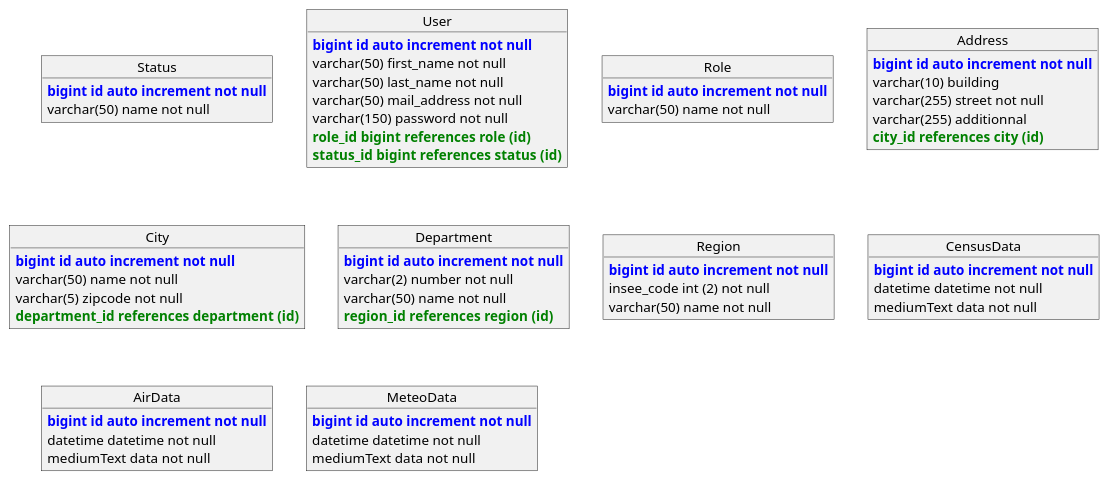
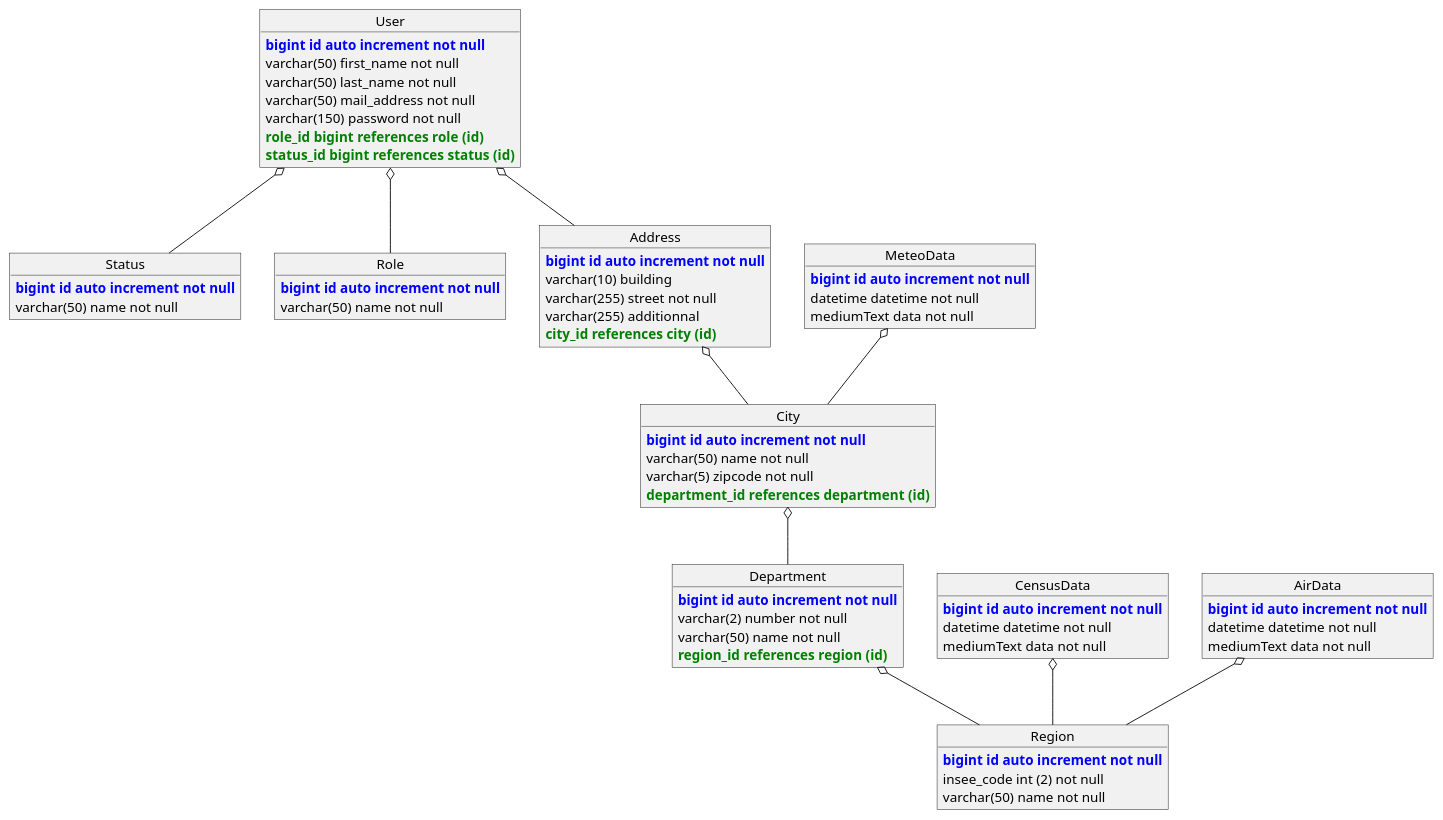
The diagram in mpd.puml (AirShareCorporation/TPMeteo), drawn with PlantUML before and after one commit.

```diff
--- a/mpd.puml
+++ b/mpd.puml
@@ -1,66 +1,76 @@
 @startuml
 
 object Status {
     <font color=blue><b>bigint id auto increment not null
     varchar(50) name not null
 }
 
 object User{
     <font color=blue><b>bigint id auto increment not null
     varchar(50) first_name not null
     varchar(50) last_name not null
     varchar(50) mail_address not null
     varchar(150) password not null
     <font color=green><b>role_id bigint references role (id)
     <font color=green><b>status_id bigint references status (id)
 }
 
 object Role {
     <font color=blue><b>bigint id auto increment not null
     varchar(50) name not null
 }
 
 object Address{
     <font color=blue><b>bigint id auto increment not null
     varchar(10) building
     varchar(255) street not null
     varchar(255) additionnal
     <font color=green><b>city_id references city (id)
 }
 
 object City{
     <font color=blue><b>bigint id auto increment not null
     varchar(50) name not null
     varchar(5) zipcode not null
     <font color=green><b>department_id references department (id)
 }
 
 object Department{
     <font color=blue><b>bigint id auto increment not null
     varchar(2) number not null
     varchar(50) name not null
     <font color=green><b>region_id references region (id)
 }
 
 object Region{
     <font color=blue><b>bigint id auto increment not null
     insee_code int (2) not null
     varchar(50) name not null
 }
 
 object CensusData{
     <font color=blue><b>bigint id auto increment not null
     datetime datetime not null
     mediumText data not null
 }
 object AirData{
     <font color=blue><b>bigint id auto increment not null
     datetime datetime not null
     mediumText data not null
 }
 object MeteoData{
     <font color=blue><b>bigint id auto increment not null
     datetime datetime not null
     mediumText data not null
 }
+
+User o-- Status
+User o-- Role
+Address o-- City
+User o-- Address
+City o-- Department
+Department o-- Region
+MeteoData o-- City
+CensusData o-- Region
+AirData o-- Region
 @enduml
```
